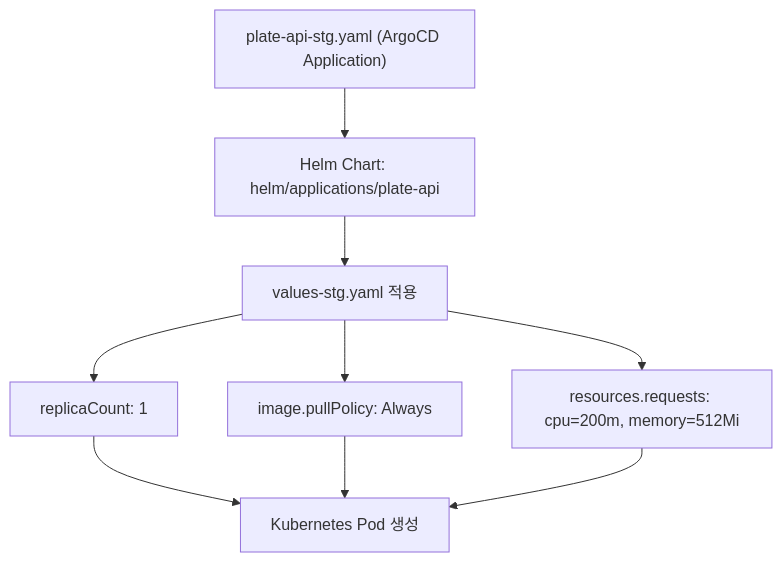
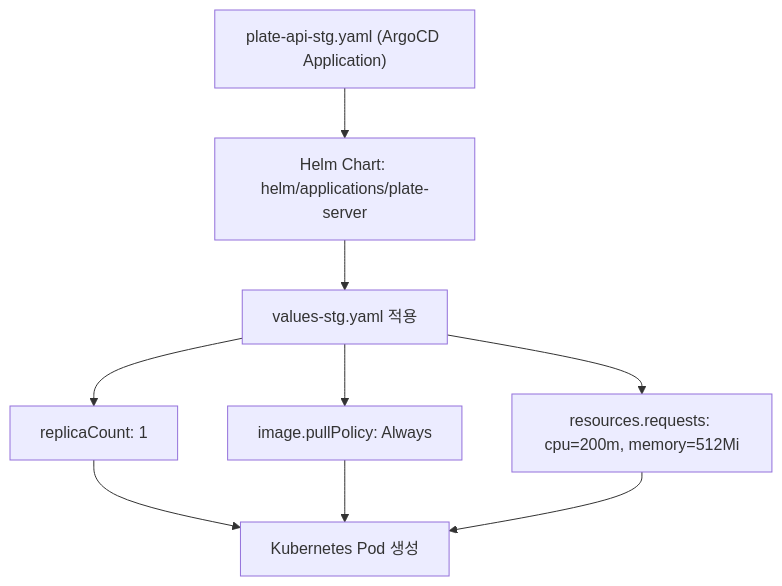
The second of 6 diagrams in .qoder/repowiki/ko/content/핵심 구현/주요 진입점/스테이징 환경 배포 (deploy-stg.sh).md (kimjoongwon/prj-devops), drawn with Mermaid before and after one commit. The commit also changed other lines of this file and 60 other files, not shown here.

First line of the commit message:
docs(helm): plate-api 관련 문서의 Helm 경로를 plate-server로 변경

````diff
--- a/.qoder/repowiki/ko/content/핵심 구현/주요 진입점/스테이징 환경 배포 (deploy-stg.sh).md
+++ b/.qoder/repowiki/ko/content/핵심 구현/주요 진입점/스테이징 환경 배포 (deploy-stg.sh).md
@@ -63,11 +63,11 @@
 ```mermaid
 flowchart TD
-A["plate-api-stg.yaml (ArgoCD Application)"] --> B["Helm Chart: helm/applications/plate-api"]
+A["plate-api-stg.yaml (ArgoCD Application)"] --> B["Helm Chart: helm/applications/plate-server"]
 B --> C["values-stg.yaml 적용"]
 C --> D["replicaCount: 1"]
 C --> E["image.pullPolicy: Always"]
 C --> F["resources.requests: cpu=200m, memory=512Mi"]
 D --> G["Kubernetes Pod 생성"]
 E --> G
 F --> G
 ```
````
